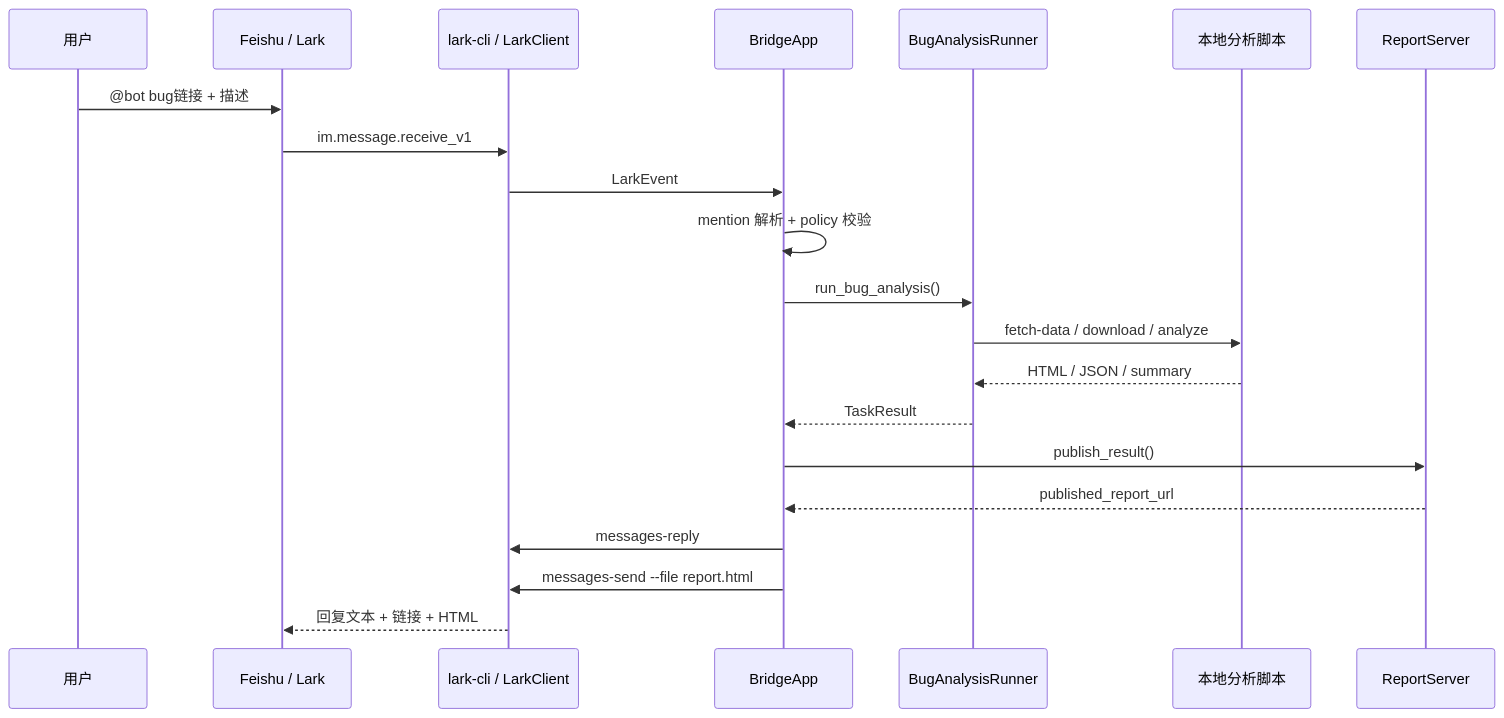
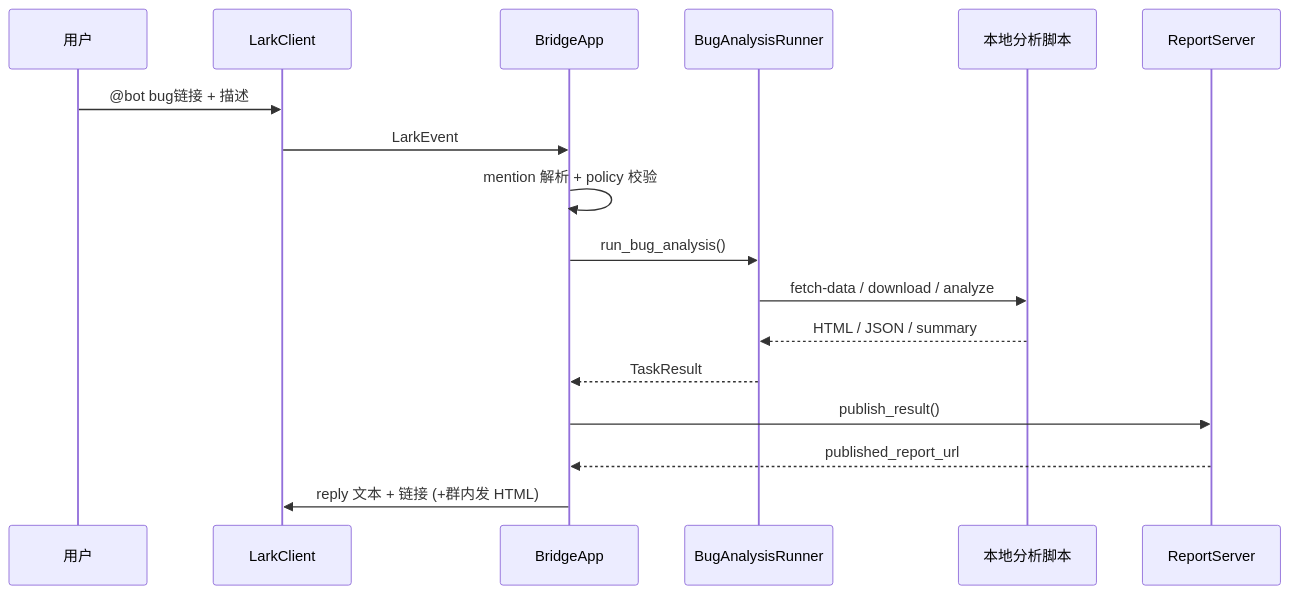
One commit to zhuyunlong/lark-agent-bridge changed the fourth of 5 diagrams in docs/project-overview-architecture.md. Above: the diagram before and after it, drawn with Mermaid. The commit also changed other lines of this file and 12 other files, not shown here.

Commit message:
refactor: align fork architecture cleanup

````diff
--- a/docs/project-overview-architecture.md
+++ b/docs/project-overview-architecture.md
@@ -236,24 +271,19 @@
 ```mermaid
 sequenceDiagram
     participant U as 用户
-    participant L as Feishu / Lark
-    participant C as lark-cli / LarkClient
+    participant C as LarkClient
     participant A as BridgeApp
     participant B as BugAnalysisRunner
     participant S as 本地分析脚本
     participant R as ReportServer
-
-    U->>L: @bot bug链接 + 描述
-    L->>C: im.message.receive_v1
+    U->>C: @bot bug链接 + 描述
     C->>A: LarkEvent
     A->>A: mention 解析 + policy 校验
     A->>B: run_bug_analysis()
     B->>S: fetch-data / download / analyze
     S-->>B: HTML / JSON / summary
     B-->>A: TaskResult
     A->>R: publish_result()
     R-->>A: published_report_url
-    A->>C: messages-reply
-    A->>C: messages-send --file report.html
-    C-->>L: 回复文本 + 链接 + HTML
+    A->>C: reply 文本 + 链接 (+群内发 HTML)
 ```
````
